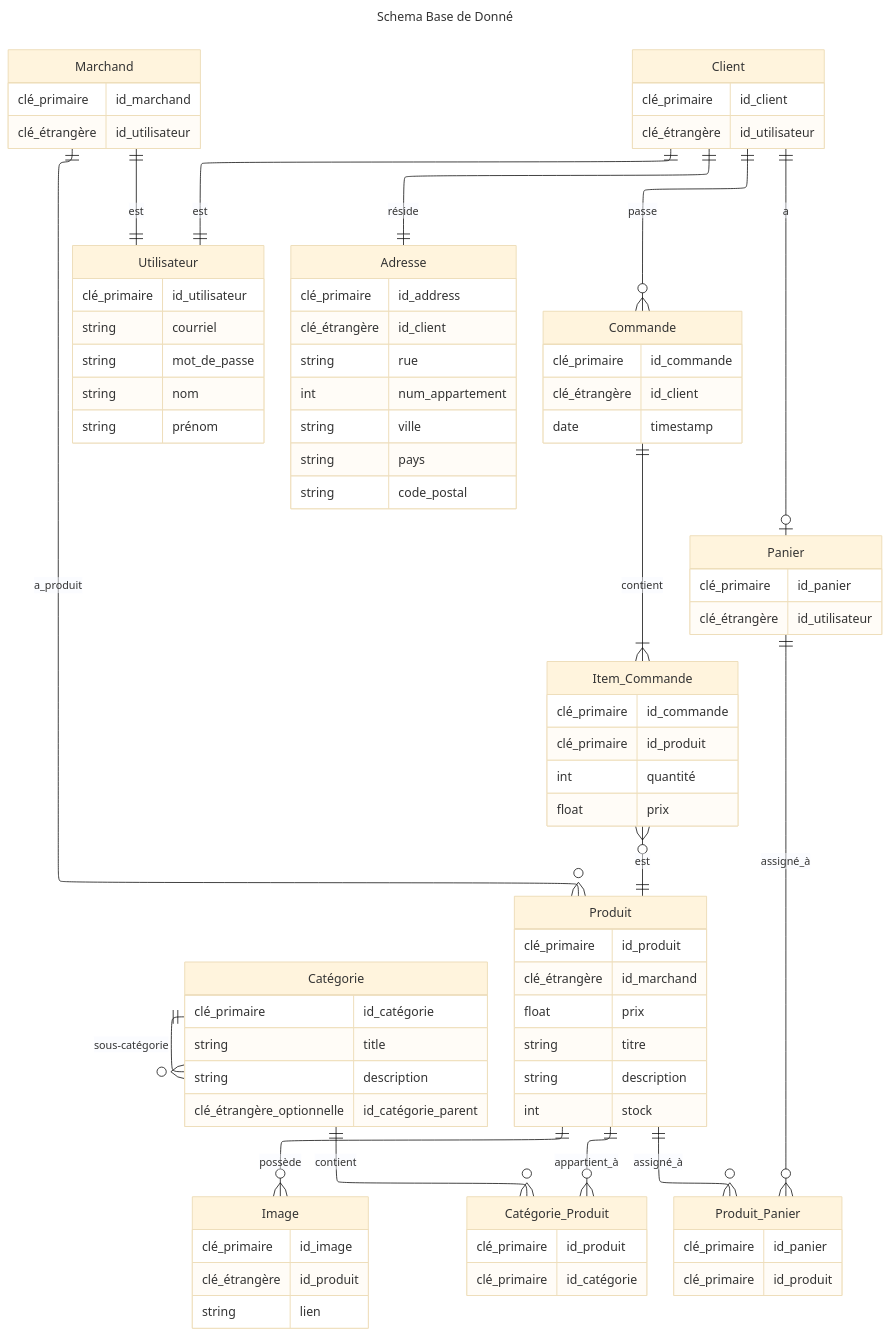
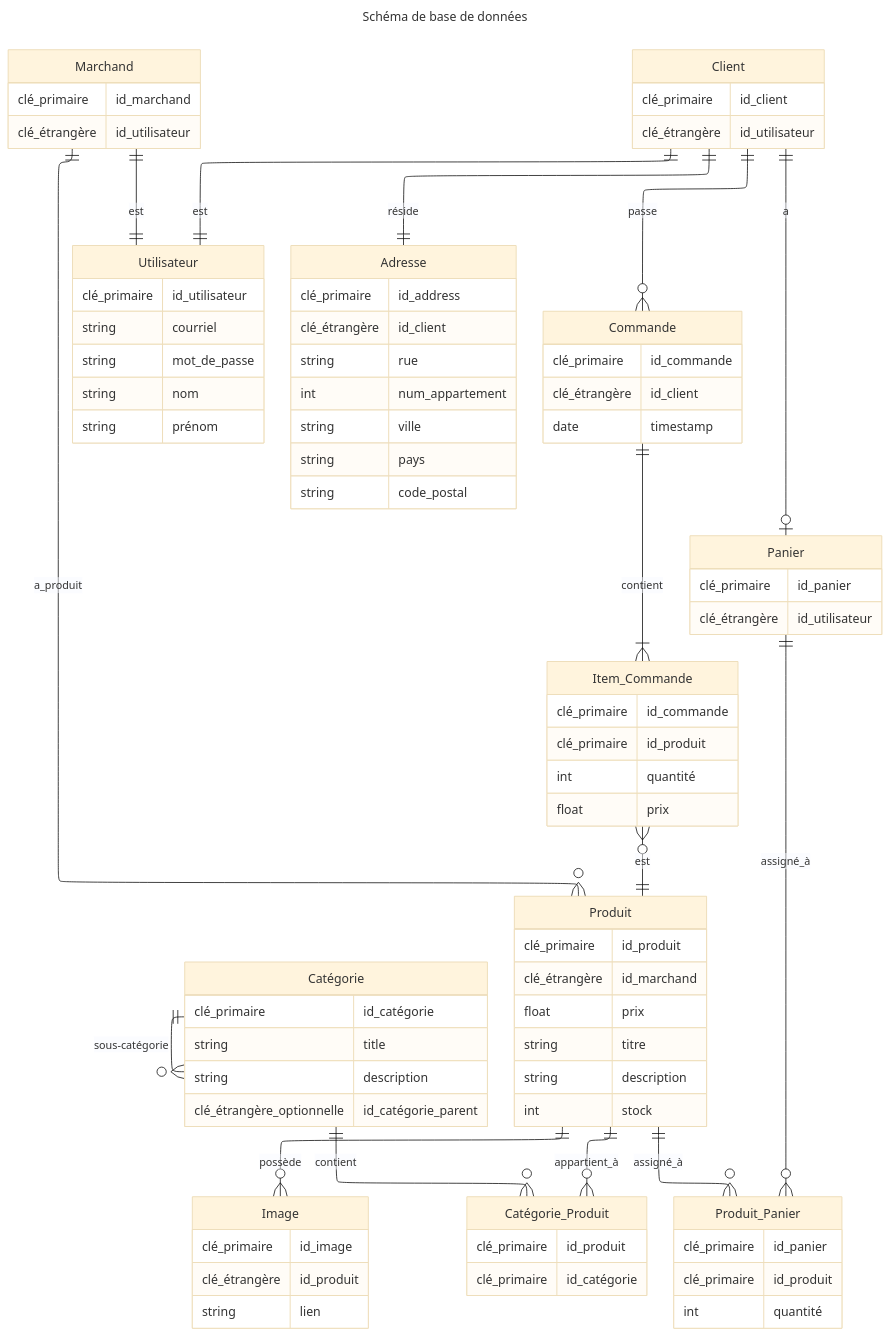
One commit to SOSANE/ShopEasy changed the diagram in db/Database-diagrams.md. Above: the diagram before and after it, drawn with Mermaid (base theme). The commit also changed 8 other files, not shown here.

````diff
--- a/db/Database-diagrams.md
+++ b/db/Database-diagrams.md
@@ -3,6 +3,6 @@
 ```mermaid
 ---
-title: Schema Base de Donné
+title: Schéma de base de données
 config:
     layout: elk
 ---
@@ -73,6 +73,7 @@
     Produit_Panier{
         clé_primaire id_panier
         clé_primaire id_produit
+        int quantité
     }
     Commande ||--|{ Item_Commande : contient
     Client ||--o{ Commande: passe
````
